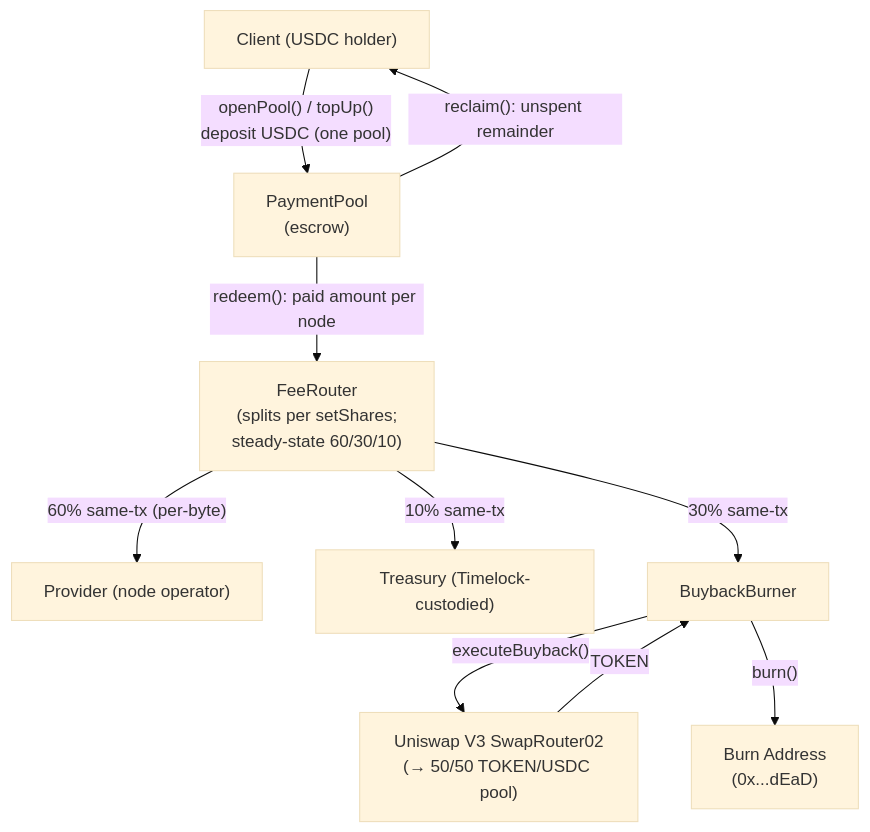
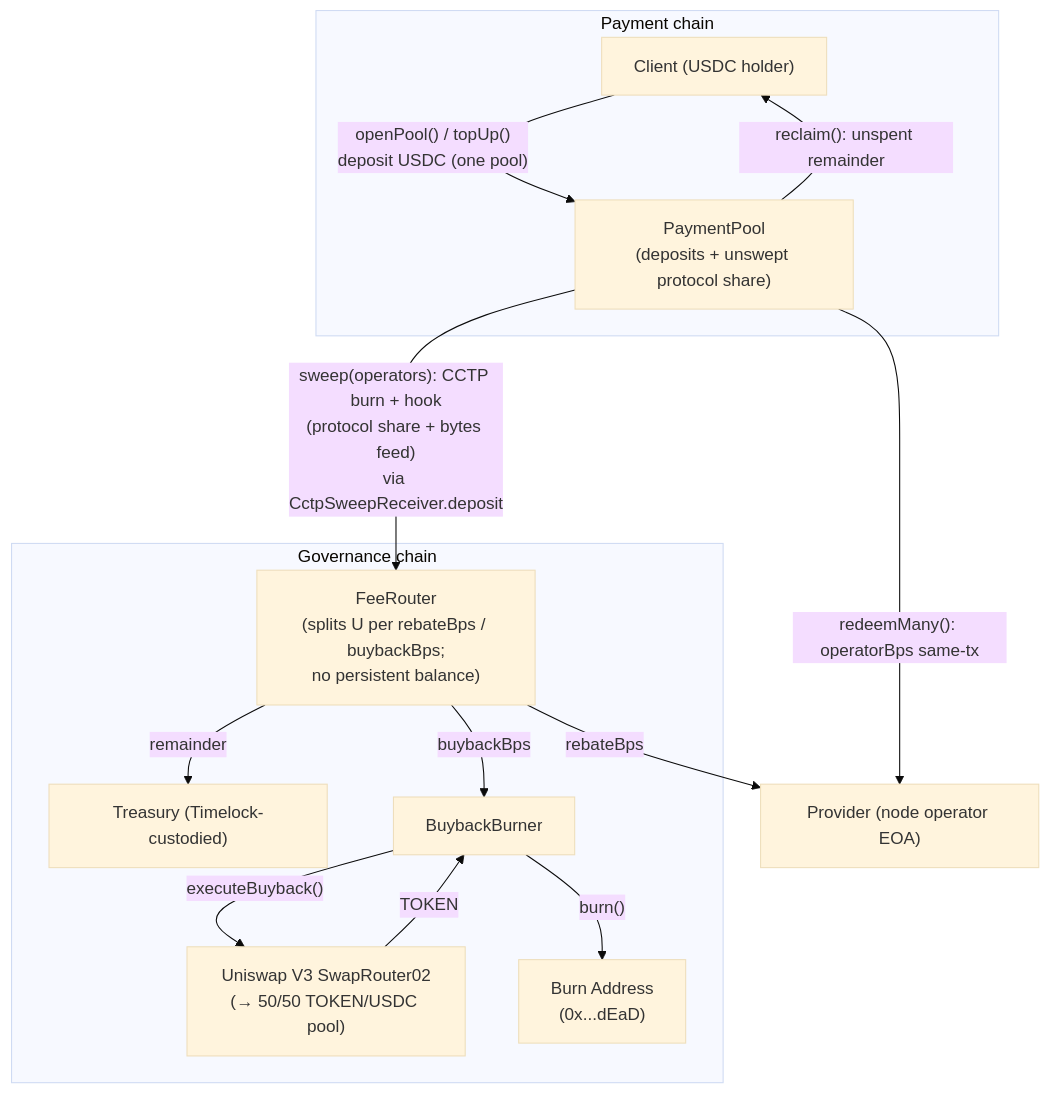
Before and after one commit to decdn/decdn: the fourth of 5 diagrams in adr/016-contract-interactions.md, drawn with Mermaid (base theme). The commit also changed other lines of this file and 354 other files, not shown here.

First line of the commit message:
feat!: split governance chain from payment chains (#2899)

````diff
--- a/adr/016-contract-interactions.md
+++ b/adr/016-contract-interactions.md
@@ -542,21 +615,26 @@
 ```mermaid
 flowchart TD
-    Client["Client (USDC holder)"]
-    PC["PaymentPool<br/>(escrow)"]
-    FR["FeeRouter<br/>(splits per setShares;<br/>steady-state 60/30/10)"]
-    Provider["Provider (node operator)"]
-    Treasury["Treasury (Timelock-custodied)"]
-    BB["BuybackBurner"]
-    UNI["Uniswap V3 SwapRouter02<br/>(→ 50/50 TOKEN/USDC pool)"]
-    BURN["Burn Address<br/>(0x...dEaD)"]
+    subgraph PCH["Payment chain"]
+        Client["Client (USDC holder)"]
+        PC["PaymentPool<br/>(deposits + unswept protocol share)"]
+    end
+    subgraph GCH["Governance chain"]
+        FR["FeeRouter<br/>(splits U per rebateBps / buybackBps;<br/>no persistent balance)"]
+        Treasury["Treasury (Timelock-custodied)"]
+        BB["BuybackBurner"]
+        UNI["Uniswap V3 SwapRouter02<br/>(→ 50/50 TOKEN/USDC pool)"]
+        BURN["Burn Address<br/>(0x...dEaD)"]
+    end
+    Provider["Provider (node operator EOA)"]
 
     Client -->|"openPool() / topUp()<br/>deposit USDC (one pool)"| PC
-    PC -->|"redeem(): paid amount per node"| FR
+    PC -->|"redeemMany(): operatorBps same-tx"| Provider
     PC -->|"reclaim(): unspent remainder"| Client
-    FR -->|"60% same-tx (per-byte)"| Provider
-    FR -->|"30% same-tx"| BB
-    FR -->|"10% same-tx"| Treasury
+    PC -->|"sweep(operators): CCTP burn + hook<br/>(protocol share + bytes feed)<br/>via CctpSweepReceiver.deposit"| FR
+    FR -->|"rebateBps"| Provider
+    FR -->|"buybackBps"| BB
+    FR -->|"remainder"| Treasury
     BB -->|"executeBuyback()"| UNI
     UNI -->|"TOKEN"| BB
     BB -->|"burn()"| BURN
 ```
````
